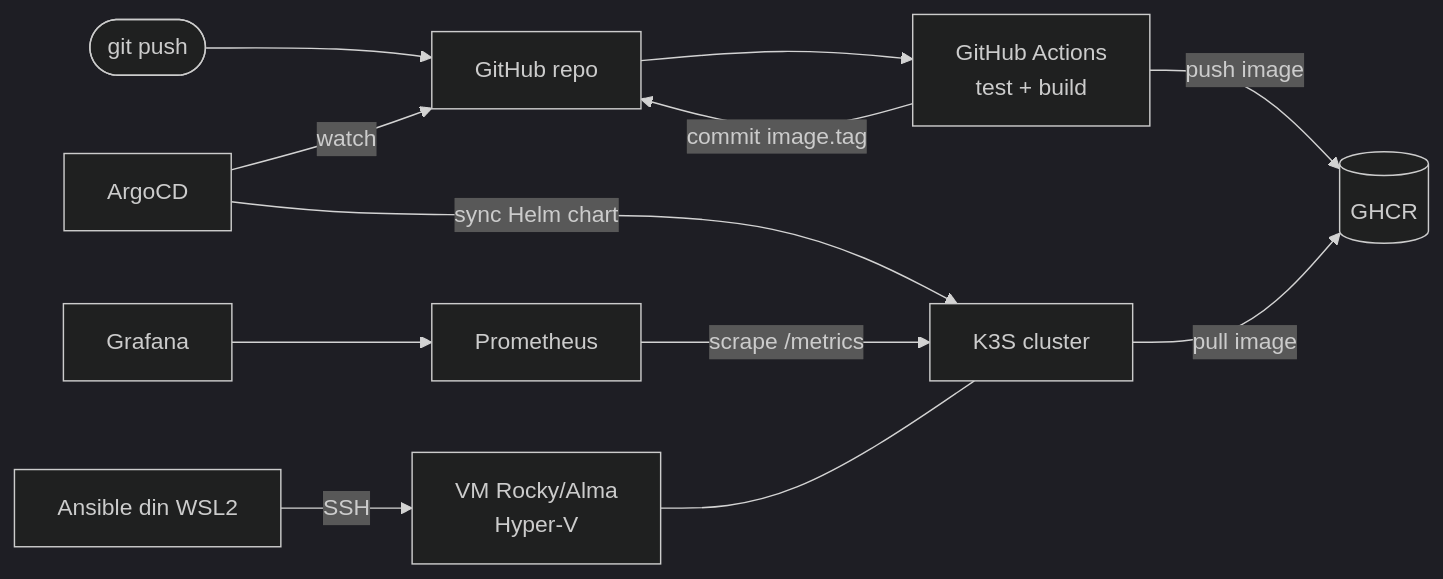
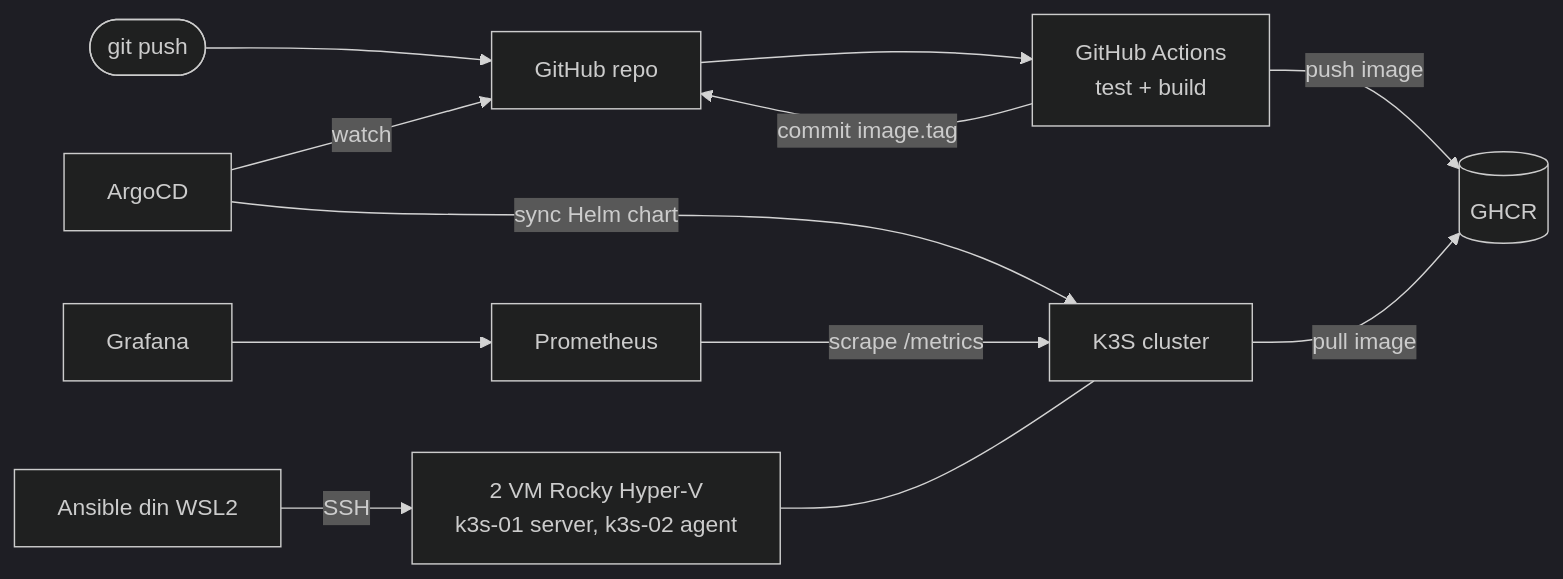
The diagram in README.md (Dark4ngel89/devops-homelab), drawn with Mermaid (dark theme) before and after one commit. The commit also changed other lines of this file, not shown here.

Commit message:
docs: phase 8 notes (Ansible, multi-node, drain)

````diff
--- a/README.md
+++ b/README.md
@@ -9,14 +9,14 @@
 ```mermaid
 flowchart LR
     dev([git push]) --> repo[GitHub repo]
     repo --> gha[GitHub Actions<br/>test + build]
     gha -->|push image| ghcr[(GHCR)]
     gha -->|commit image.tag| repo
     argocd[ArgoCD] -->|watch| repo
     argocd -->|sync Helm chart| k3s[K3S cluster]
     k3s -->|pull image| ghcr
     prom[Prometheus] -->|scrape /metrics| k3s
     grafana[Grafana] --> prom
-    ansible[Ansible din WSL2] -->|SSH| vm[VM Rocky/Alma<br/>Hyper-V]
+    ansible[Ansible din WSL2] -->|SSH| vm[2 VM Rocky Hyper-V<br/>k3s-01 server, k3s-02 agent]
     vm --- k3s
 ```
````
